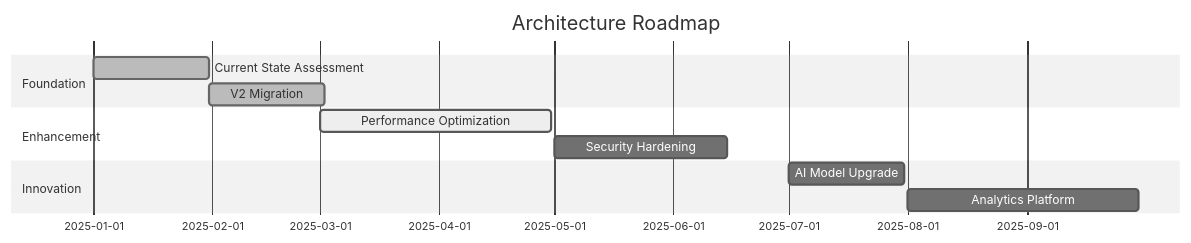
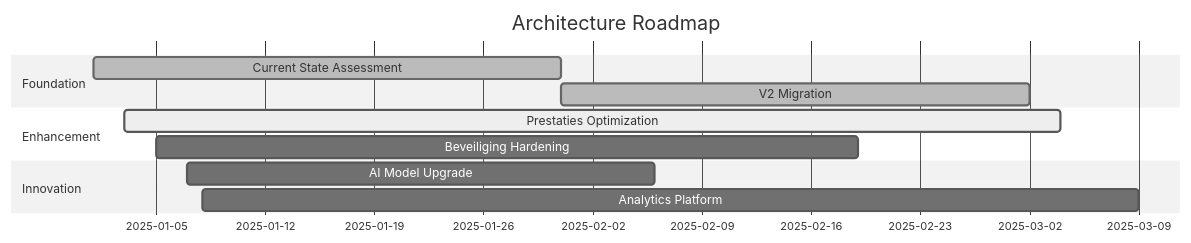
The sixth of 6 diagrams in docs/architectuur/templates/ENTERPRISE_ARCHITECTURE_TEMPLATE.md (Chris-Lehnen-ICT-CONSULTING/Definitie-app-zakelijk), drawn with Mermaid (neutral theme) before and after one commit. The commit also changed other lines of this file and 707 other files, not shown here.

````diff
--- a/docs/architectuur/templates/ENTERPRISE_ARCHITECTURE_TEMPLATE.md
+++ b/docs/architectuur/templates/ENTERPRISE_ARCHITECTURE_TEMPLATE.md
@@ -391,17 +396,17 @@
 ```mermaid
 gantt
     title Architecture Roadmap
     dateFormat YYYY-MM-DD
 
     section Foundation
-    Current State Assessment :done, 2025-01-01, 30d
+    Current State Assessment :done, 01-01-2025, 30d
     V2 Migration :done, 30d
 
     section Enhancement
-    Performance Optimization :active, 2025-03-01, 60d
-    Security Hardening :2025-05-01, 45d
+    Prestaties Optimization :active, 01-03-2025, 60d
+    Beveiliging Hardening :01-05-2025, 45d
 
     section Innovation
-    AI Model Upgrade :2025-07-01, 30d
-    Analytics Platform :2025-08-01, 60d
+    AI Model Upgrade :01-07-2025, 30d
+    Analytics Platform :01-08-2025, 60d
 ```
````
